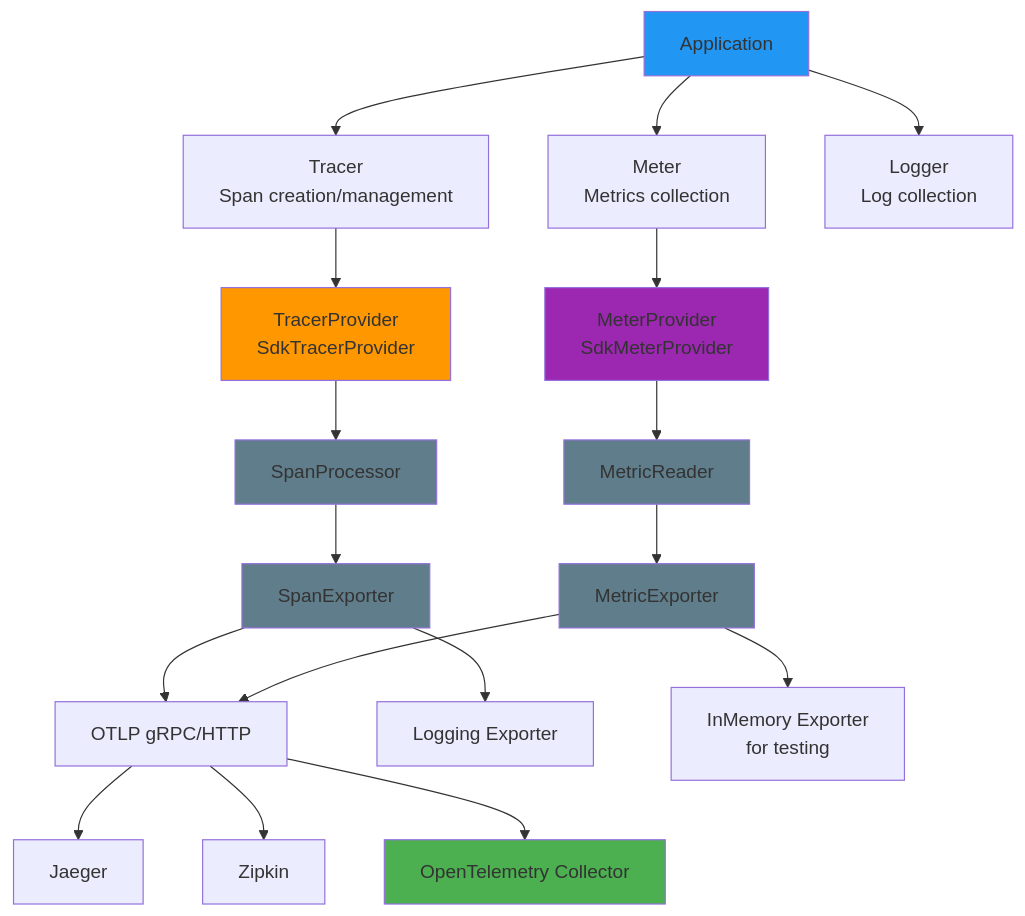
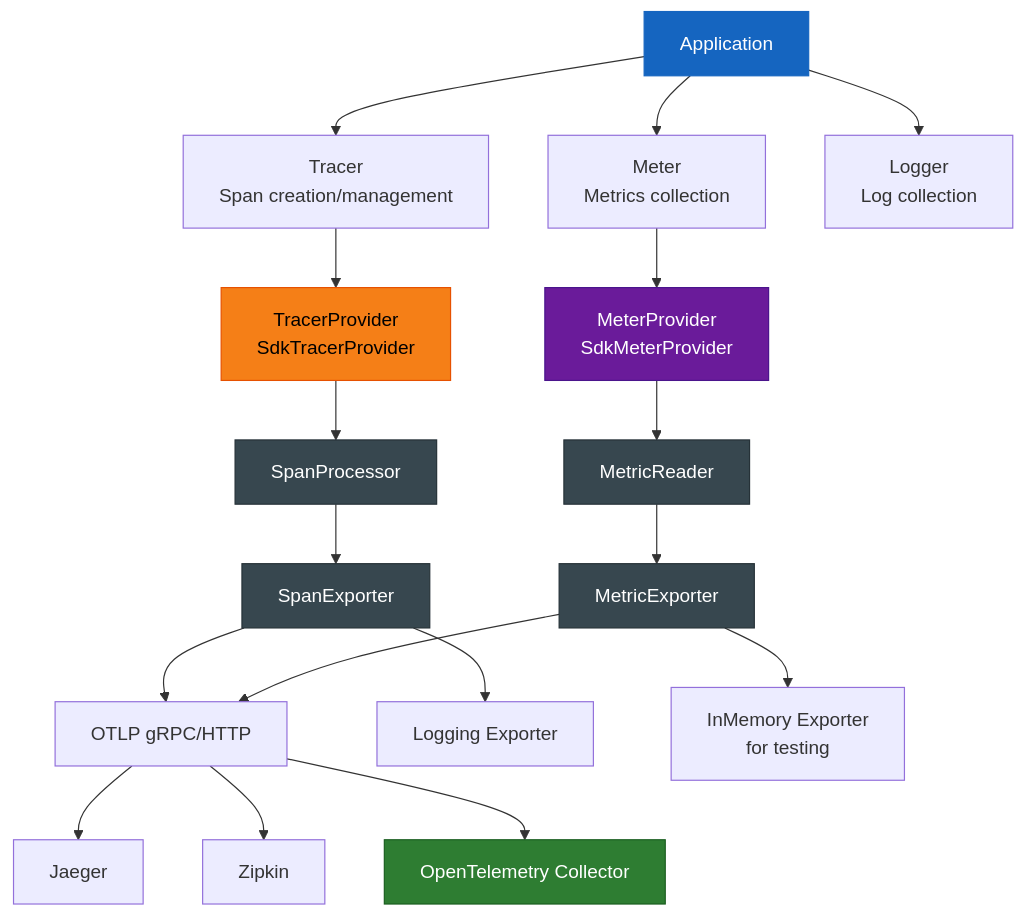
One commit to bluetape4k/bluetape4k-projects changed the second of 4 diagrams in infra/opentelemetry/README.md. Above: the diagram before and after it, drawn with Mermaid. The commit also changed other lines of this file and 221 other files, not shown here.

First line of the commit message:
docs: 전체 모듈 README UML 다이어그램 보강 및 색상 업그레이드

````diff
--- a/infra/opentelemetry/README.md
+++ b/infra/opentelemetry/README.md
@@ -317,33 +325,41 @@
 ```mermaid
 flowchart TD
     App[Application] --> Tracer[Tracer<br/>Span creation/management]
     App --> Meter[Meter<br/>Metrics collection]
     App --> Logger[Logger<br/>Log collection]
 
     Tracer --> TP[TracerProvider<br/>SdkTracerProvider]
     Meter --> MP[MeterProvider<br/>SdkMeterProvider]
 
     TP --> SP[SpanProcessor]
     SP --> SE[SpanExporter]
 
     MP --> MR[MetricReader]
     MR --> ME[MetricExporter]
 
     SE --> OTLP[OTLP gRPC/HTTP]
     SE --> LogExp[Logging Exporter]
     ME --> OTLP
     ME --> InMem[InMemory Exporter<br/>for testing]
 
     OTLP --> Jaeger[Jaeger]
     OTLP --> Zipkin[Zipkin]
     OTLP --> OtelCol[OpenTelemetry Collector]
 
-    style App fill:#2196F3
-    style TP fill:#FF9800
-    style MP fill:#9C27B0
-    style OtelCol fill:#4CAF50
-    style SP fill:#607D8B
-    style SE fill:#607D8B
-    style MR fill:#607D8B
-    style ME fill:#607D8B
+    classDef coreStyle fill:#1B5E20,stroke:#1B5E20,color:#FFFFFF,font-weight:bold
+    classDef serviceStyle fill:#1565C0,stroke:#1565C0,color:#FFFFFF
+    classDef utilStyle fill:#E65100,stroke:#E65100,color:#FFFFFF
+    classDef asyncStyle fill:#6A1B9A,stroke:#6A1B9A,color:#FFFFFF
+    classDef extStyle fill:#37474F,stroke:#37474F,color:#FFFFFF
+    classDef dataStyle fill:#F57F17,stroke:#F57F17,color:#000000
+    classDef cacheStyle fill:#2E7D32,stroke:#1B5E20,color:#FFFFFF
+
+    style App fill:#1565C0,stroke:#1565C0,color:#FFFFFF
+    style TP fill:#F57F17,stroke:#E65100,color:#000000
+    style MP fill:#6A1B9A,stroke:#4A148C,color:#FFFFFF
+    style OtelCol fill:#2E7D32,stroke:#1B5E20,color:#FFFFFF
+    style SP fill:#37474F,stroke:#263238,color:#FFFFFF
+    style SE fill:#37474F,stroke:#263238,color:#FFFFFF
+    style MR fill:#37474F,stroke:#263238,color:#FFFFFF
+    style ME fill:#37474F,stroke:#263238,color:#FFFFFF
 ```
````
